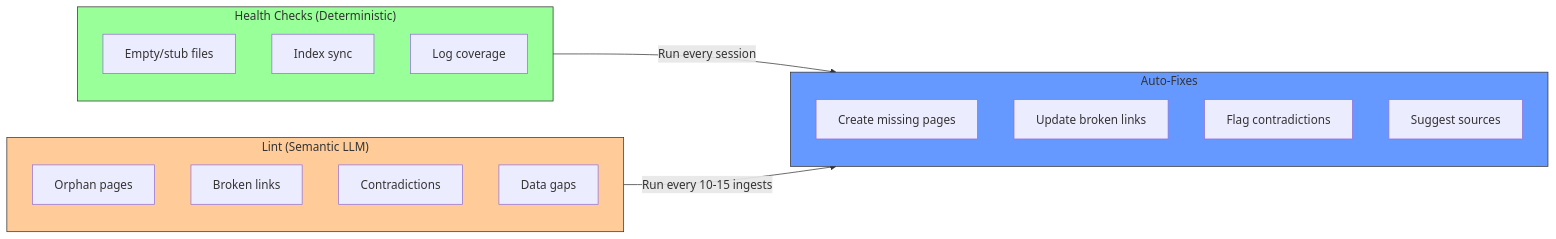
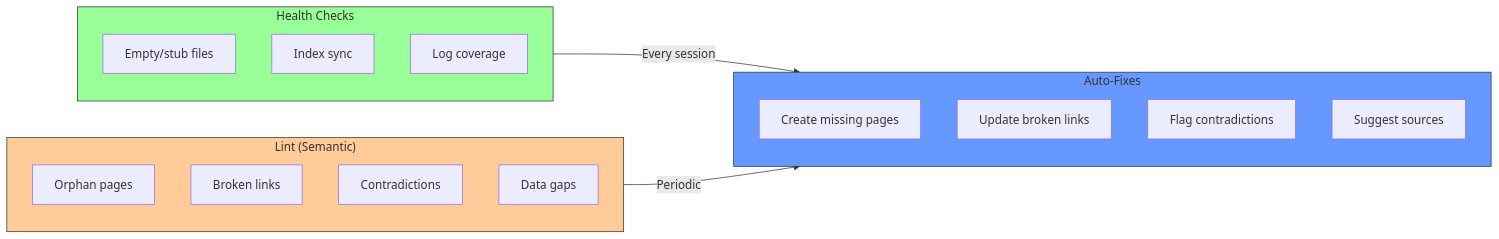
Before and after one commit to anguyenbus/ragflowdemo: diagram 14 of 23 in docs/casewiki-rationale.md, drawn with Mermaid. The commit also changed other lines of this file, not shown here.

````diff
--- a/docs/casewiki-rationale.md
+++ b/docs/casewiki-rationale.md
@@ -304,29 +420,29 @@
 ```mermaid
 flowchart LR
-    subgraph Health["Health Checks (Deterministic)"]
+    subgraph Health["Health Checks"]
         H1[Empty/stub files]
         H2[Index sync]
         H3[Log coverage]
     end
 
-    subgraph Lint["Lint (Semantic LLM)"]
+    subgraph Lint["Lint (Semantic)"]
         L1[Orphan pages]
         L2[Broken links]
         L3[Contradictions]
         L4[Data gaps]
     end
 
     subgraph Actions["Auto-Fixes"]
         A1[Create missing pages]
         A2[Update broken links]
         A3[Flag contradictions]
         A4[Suggest sources]
     end
 
-    Health -->|Run every session| Actions
-    Lint -->|Run every 10-15 ingests| Actions
+    Health -->|Every session| Actions
+    Lint -->|Periodic| Actions
 
     style Health fill:#9f9,stroke:#333
     style Lint fill:#fc9,stroke:#333
     style Actions fill:#69f,stroke:#333
 ```
````
